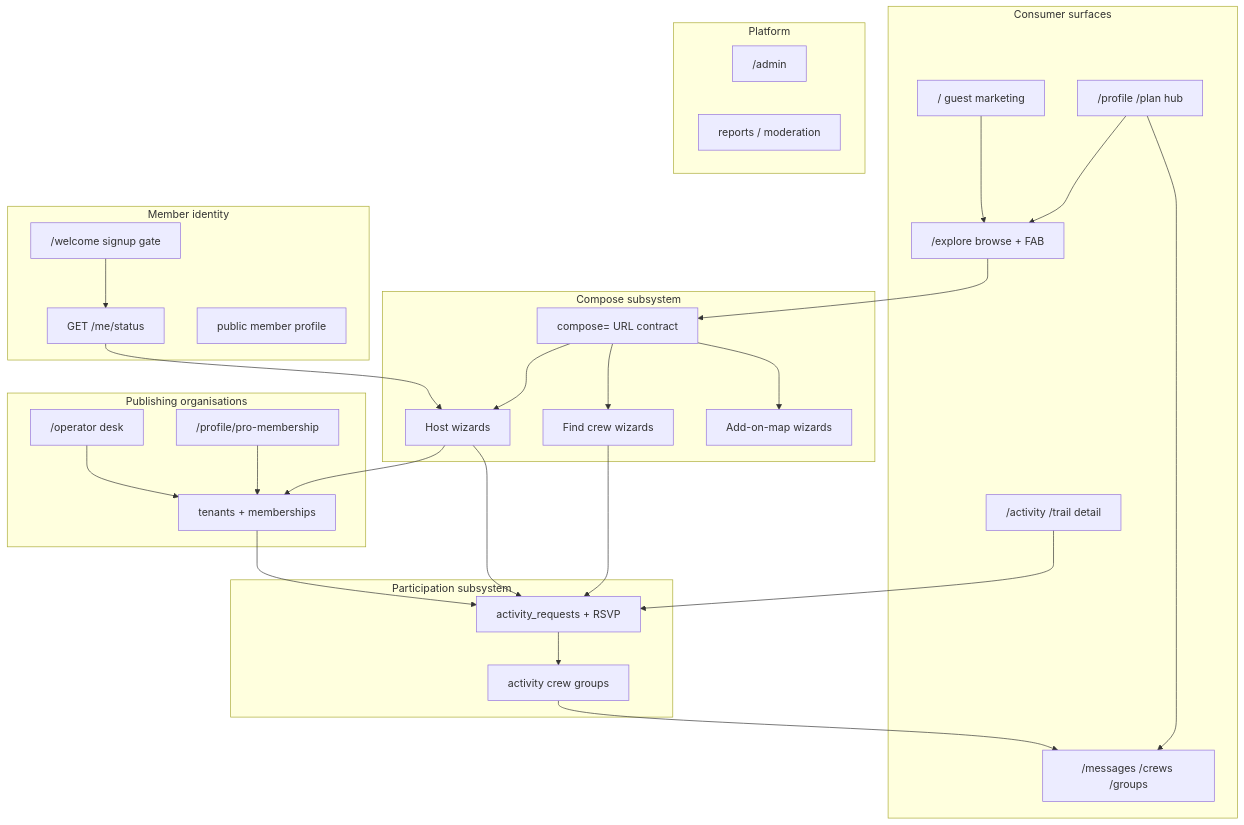
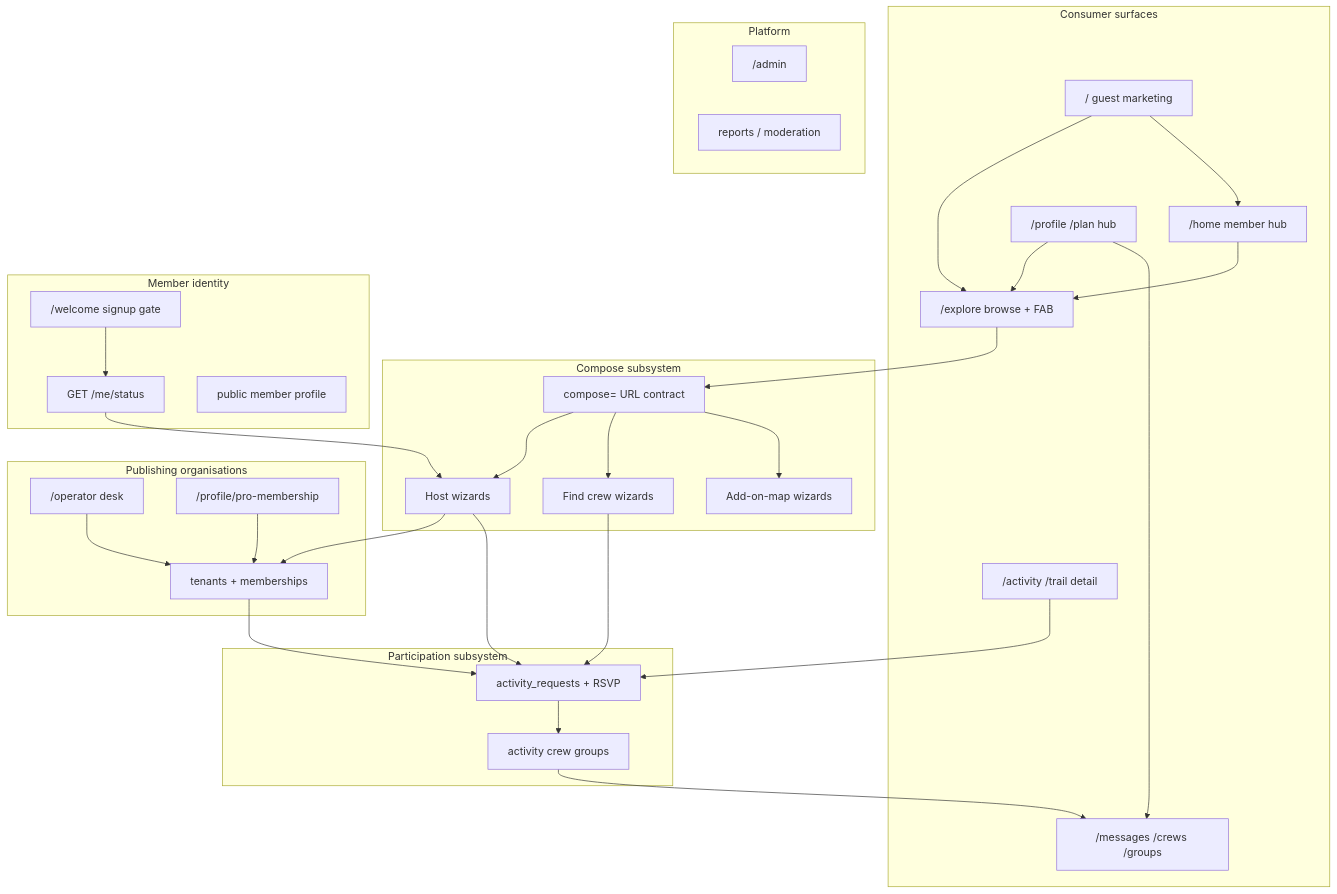
The diagram in docs/SYSTEM_COHERENCE.md (rajpurchasync/UAEtrail), drawn with Mermaid before and after one commit. The commit also changed other lines of this file and 158 other files, not shown here.

````diff
--- a/docs/SYSTEM_COHERENCE.md
+++ b/docs/SYSTEM_COHERENCE.md
@@ -31,58 +31,61 @@
 ```mermaid
 flowchart TB
   subgraph surfaces [Consumer surfaces]
     M["/ guest marketing"]
+    H["/home member hub"]
     E["/explore browse + FAB"]
     P["/profile /plan hub"]
     D["/activity /trail detail"]
     MSG["/messages /crews /groups"]
   end
 
   subgraph compose [Compose subsystem]
     FAB["compose= URL contract"]
     ORG["Host wizards"]
     FIND["Find crew wizards"]
     ADD["Add-on-map wizards"]
   end
 
   subgraph participation [Participation subsystem]
     JOIN["activity_requests + RSVP"]
     CREW["activity crew groups"]
   end
 
   subgraph identity [Member identity]
     WEL["/welcome signup gate"]
     HS["GET /me/status"]
     PUB["public member profile"]
   end
 
   subgraph publishing [Publishing organisations]
     TEN["tenants + memberships"]
     HOST["/operator desk"]
     PRO["/profile/pro-membership"]
   end
 
   subgraph platform [Platform]
     ADM["/admin"]
     MOD["reports / moderation"]
   end
 
   M --> E
+  M --> H
+  H --> E
   E --> FAB
   FAB --> ORG
   FAB --> FIND
   FAB --> ADD
   ORG --> TEN
   ORG --> JOIN
   FIND --> JOIN
   D --> JOIN
   JOIN --> CREW
   CREW --> MSG
   WEL --> HS
   HS --> ORG
   PRO --> TEN
   HOST --> TEN
   TEN --> JOIN
   P --> E
   P --> MSG
 ```
````
